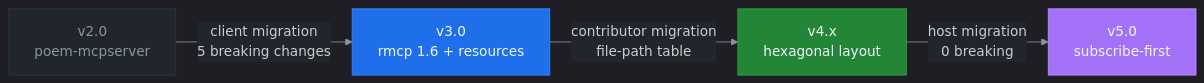
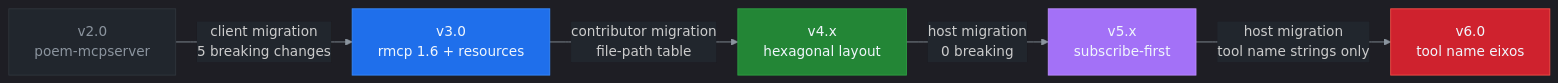
The first of 2 diagrams in docs/MIGRATION.md (farchanjo/ssh-mcp), drawn with Mermaid before and after one commit. The commit also changed other lines of this file and 5 other files, not shown here.

````diff
--- a/docs/MIGRATION.md
+++ b/docs/MIGRATION.md
@@ -5,17 +5,20 @@
 ```mermaid
 %%{init: {'theme':'dark','themeVariables':{'primaryColor':'#1f6feb','primaryTextColor':'#f0f6fc','primaryBorderColor':'#388bfd','lineColor':'#8b949e','secondaryColor':'#161b22','tertiaryColor':'#21262d','background':'#0d1117','mainBkg':'#161b22','secondBkg':'#21262d','tertiaryBkg':'#0d1117','nodeTextColor':'#f0f6fc','edgeLabelBackground':'#21262d','clusterBkg':'#161b22','clusterBorder':'#30363d','titleColor':'#f0f6fc'}}}%%
 flowchart LR
     V2["v2.0<br/>poem-mcpserver"]
     V3["v3.0<br/>rmcp 1.6 + resources"]
     V4["v4.x<br/>hexagonal layout"]
-    V5["v5.0<br/>subscribe-first"]
+    V5["v5.x<br/>subscribe-first"]
+    V6["v6.0<br/>tool name eixos"]
 
     V2 -->|client migration<br/>5 breaking changes| V3
     V3 -->|contributor migration<br/>file-path table| V4
     V4 -->|host migration<br/>0 breaking| V5
+    V5 -->|host migration<br/>tool name strings only| V6
 
     style V2 fill:#21262d,color:#8b949e,stroke:#30363d
     style V3 fill:#1f6feb,color:#f0f6fc,stroke:#388bfd
     style V4 fill:#238636,color:#f0f6fc,stroke:#2ea043
     style V5 fill:#a371f7,color:#f0f6fc,stroke:#bc8cff
+    style V6 fill:#cf222e,color:#f0f6fc,stroke:#f85149
 ```
````
